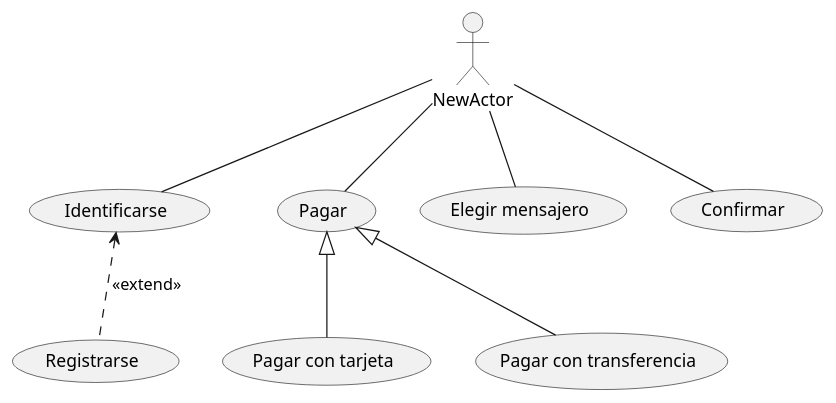
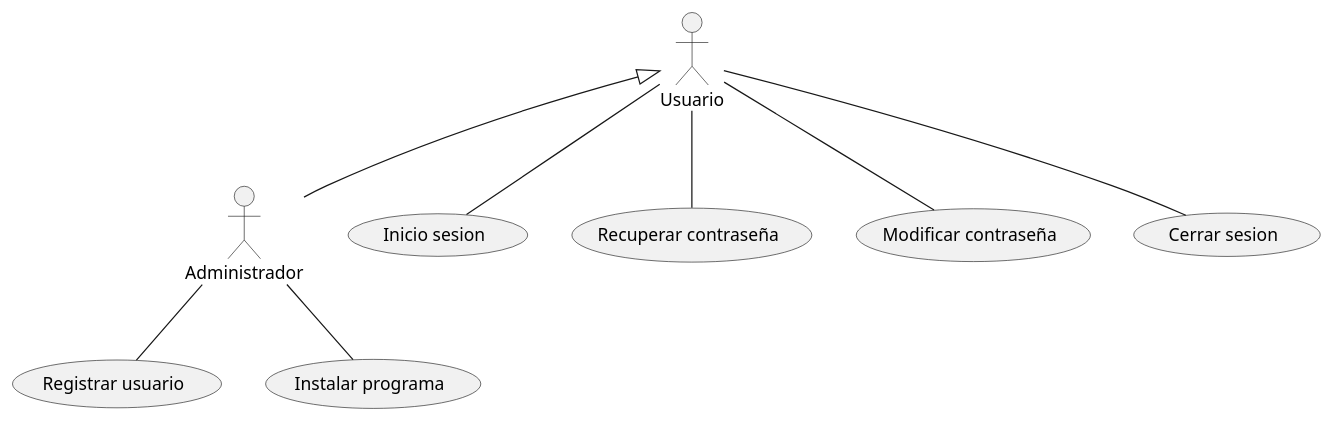
Before and after one commit to alejaandroobc/CasosDeUso_UML: the diagram in src/CasosDeUso_UML.puml, drawn with PlantUML.

Commit message:
Ejemplo usuarios y administradores

```diff
--- a/src/CasosDeUso_UML.puml
+++ b/src/CasosDeUso_UML.puml
@@ -1,17 +1,17 @@
 @startuml
-:NewActor:
-usecase "Identificarse" as UC1
-usecase "Pagar" as UC2
-usecase "Elegir mensajero" as UC3
-usecase "Confirmar" as UC4
-usecase "Registrarse" as UC5
-usecase "Pagar con tarjeta" as UC6
-usecase "Pagar con transferencia" as UC7
-NewActor -- UC1
-NewActor -- UC2
-NewActor -- UC3
-NewActor --UC4
-UC1 <.. UC5 : <<extend>>
-UC2 <|-- UC6
-UC2 <|--UC7
+:Usuario:
+:Administrador:
+usecase "Inicio sesion" as UC1
+usecase "Recuperar contraseña" as UC2
+usecase "Modificar contraseña" as UC3
+usecase "Cerrar sesion" as UC4
+usecase "Registrar usuario" as UC5
+usecase "Instalar programa" as UC6
+Usuario -- UC1
+Usuario -- UC2
+Usuario -- UC3
+Usuario --UC4
+Usuario <|-- Administrador
+Administrador -- UC5
+Administrador -- UC6
 @enduml
```
